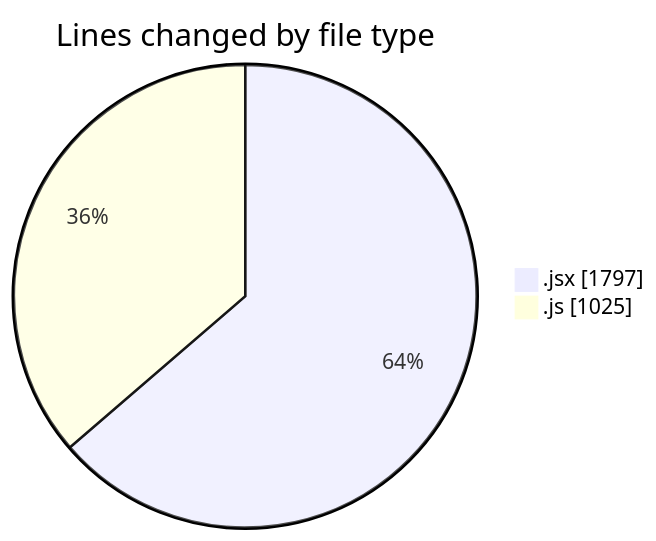
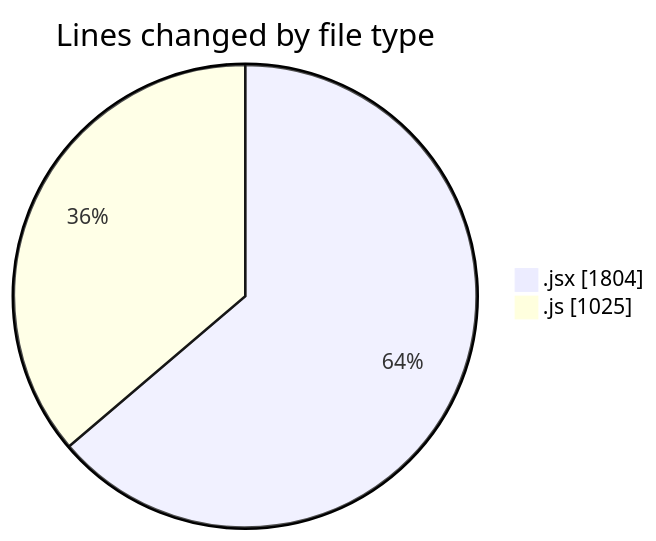
Before and after one commit to nxtqubesakshisongat/code-tracking: the first of 2 diagrams in 2025-08-04/nxtqube_webapp/README.md, drawn with Mermaid. The commit also changed other lines of this file and 1 other file, not shown here.

````diff
--- a/2025-08-04/nxtqube_webapp/README.md
+++ b/2025-08-04/nxtqube_webapp/README.md
@@ -25,6 +25,6 @@
 ```mermaid
 pie showData
 title Lines changed by file type
-".jsx" : 1797
+".jsx" : 1804
 ".js" : 1025
 ```
````
